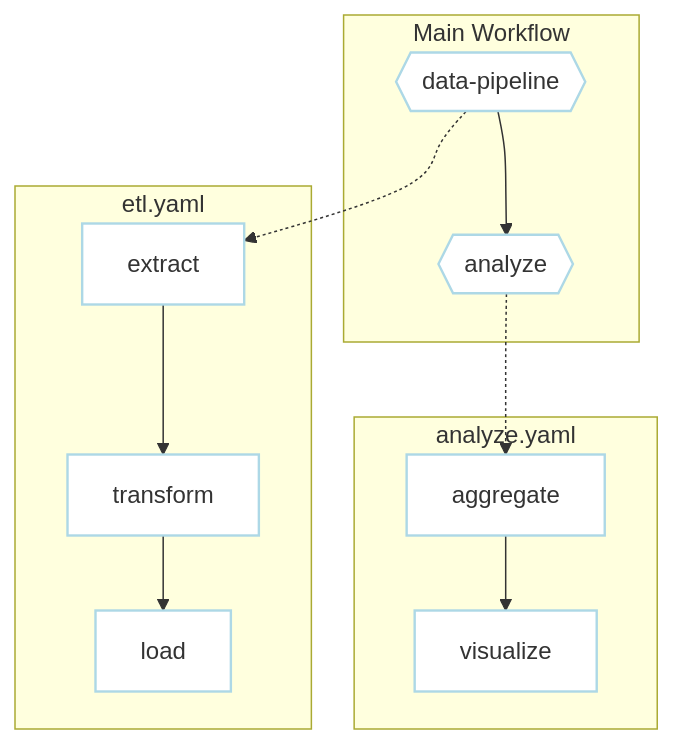
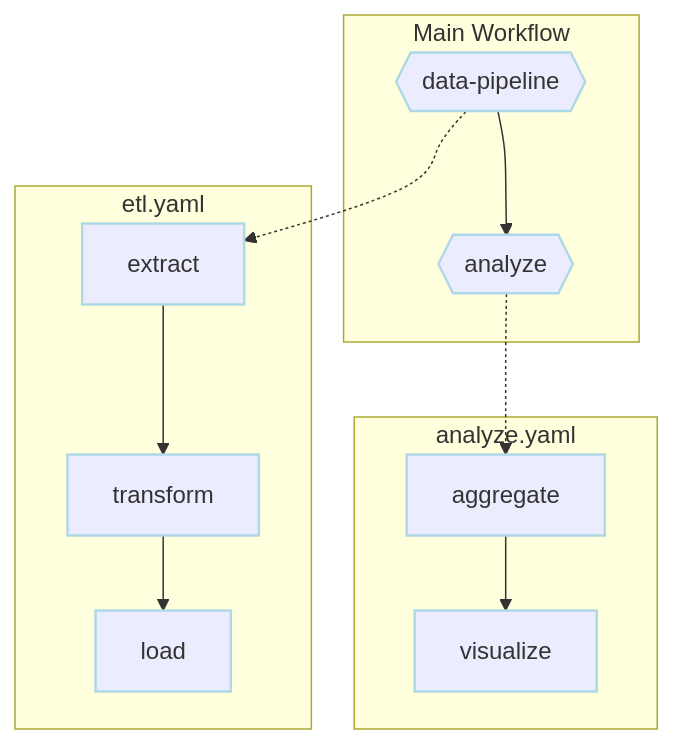
One commit to dagu-org/dagu changed the eighth of 8 diagrams in docs-next/writing-workflows/examples/index.md. Above: the diagram before and after it, drawn with Mermaid. The commit also changed other lines of this file and 8 other files, not shown here.

````diff
--- a/docs-next/writing-workflows/examples/index.md
+++ b/docs-next/writing-workflows/examples/index.md
@@ -969,25 +968,25 @@
 ```mermaid
 graph TD
     subgraph Main[Main Workflow]
         A{{data-pipeline}} --> B{{analyze}}
     end
     
     subgraph ETL[etl.yaml]
         C[extract] --> D[transform] --> E[load]
     end
     
     subgraph Analysis[analyze.yaml]
         F[aggregate] --> G[visualize]
     end
     
     A -.-> C
     B -.-> F
     
-    style A fill:white,stroke:lightblue,stroke-width:1.6px,color:#333
-    style B fill:white,stroke:lightblue,stroke-width:1.6px,color:#333
-    style C fill:white,stroke:lightblue,stroke-width:1.6px,color:#333
-    style D fill:white,stroke:lightblue,stroke-width:1.6px,color:#333
-    style E fill:white,stroke:lightblue,stroke-width:1.6px,color:#333
-    style F fill:white,stroke:lightblue,stroke-width:1.6px,color:#333
-    style G fill:white,stroke:lightblue,stroke-width:1.6px,color:#333
+    style A stroke:lightblue,stroke-width:1.6px,color:#333
+    style B stroke:lightblue,stroke-width:1.6px,color:#333
+    style C stroke:lightblue,stroke-width:1.6px,color:#333
+    style D stroke:lightblue,stroke-width:1.6px,color:#333
+    style E stroke:lightblue,stroke-width:1.6px,color:#333
+    style F stroke:lightblue,stroke-width:1.6px,color:#333
+    style G stroke:lightblue,stroke-width:1.6px,color:#333
 ```
````
